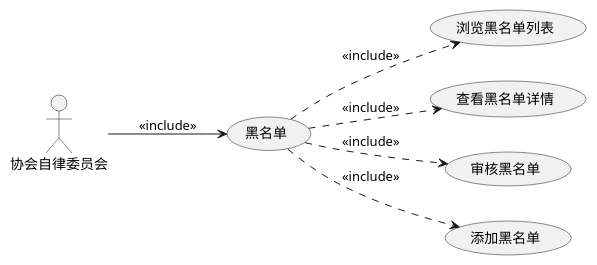
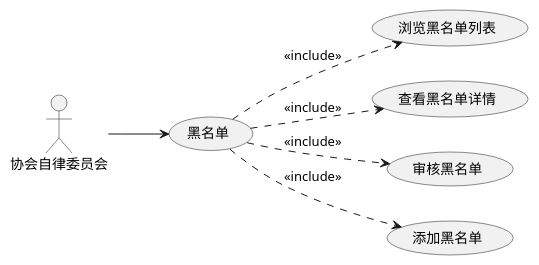
The ninth of 14 diagrams in docs/credit/README.md (evildoerX/hyperledger-credit), drawn with PlantUML before and after one commit. The commit also changed other lines of this file, not shown here.

```diff
--- a/docs/credit/README.md
+++ b/docs/credit/README.md
@@ -321,8 +321,8 @@
 @startuml
 left to right direction
-协会自律委员会 --> (黑名单): <<include>>
+协会自律委员会 --> (黑名单)
 (黑名单) ..> (浏览黑名单列表): <<include>>
 (黑名单) ..> (查看黑名单详情): <<include>>
 (黑名单) ..> (审核黑名单): <<include>>
 (黑名单) ..> (添加黑名单): <<include>>
 @enduml
```
